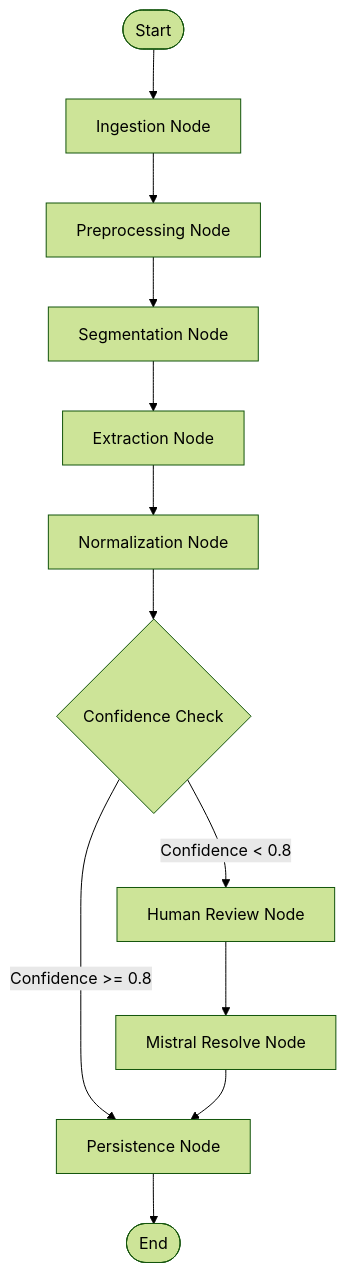
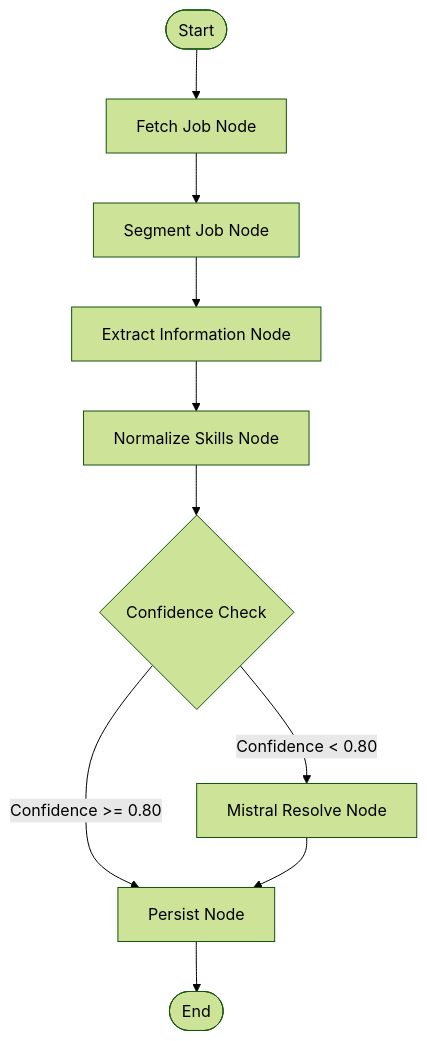
The first of 2 diagrams in README.md (sbkxd/Job-Desription-Parser), drawn with Mermaid (forest theme) before and after one commit. The commit also changed other lines of this file, not shown here.

````diff
--- a/README.md
+++ b/README.md
@@ -196,14 +225,12 @@
 ```mermaid
 graph TD
-    __start__([Start]) --> ingest[Ingestion Node]
-    ingest --> preprocess[Preprocessing Node]
-    preprocess --> segment[Segmentation Node]
-    segment --> extract[Extraction Node]
-    extract --> normalize[Normalization Node]
-    normalize --> routing{Confidence Check}
-    routing -- Confidence >= 0.8 --> persist[Persistence Node]
-    routing -- Confidence < 0.8 --> review[Human Review Node]
-    review --> resolve[Mistral Resolve Node]
-    resolve --> persist
-    persist --> __end__([End])
+    __start__([Start]) --> Fetch[Fetch Job Node]
+    Fetch --> Segment[Segment Job Node]
+    Segment --> Extract[Extract Information Node]
+    Extract --> Normalize[Normalize Skills Node]
+    Normalize --> ReviewRouting{Confidence Check}
+    ReviewRouting -- Confidence >= 0.80 --> Persist[Persist Node]
+    ReviewRouting -- Confidence < 0.80 --> MistralRoute[Mistral Resolve Node]
+    MistralRoute --> Persist
+    Persist --> __end__([End])
 ```
````
